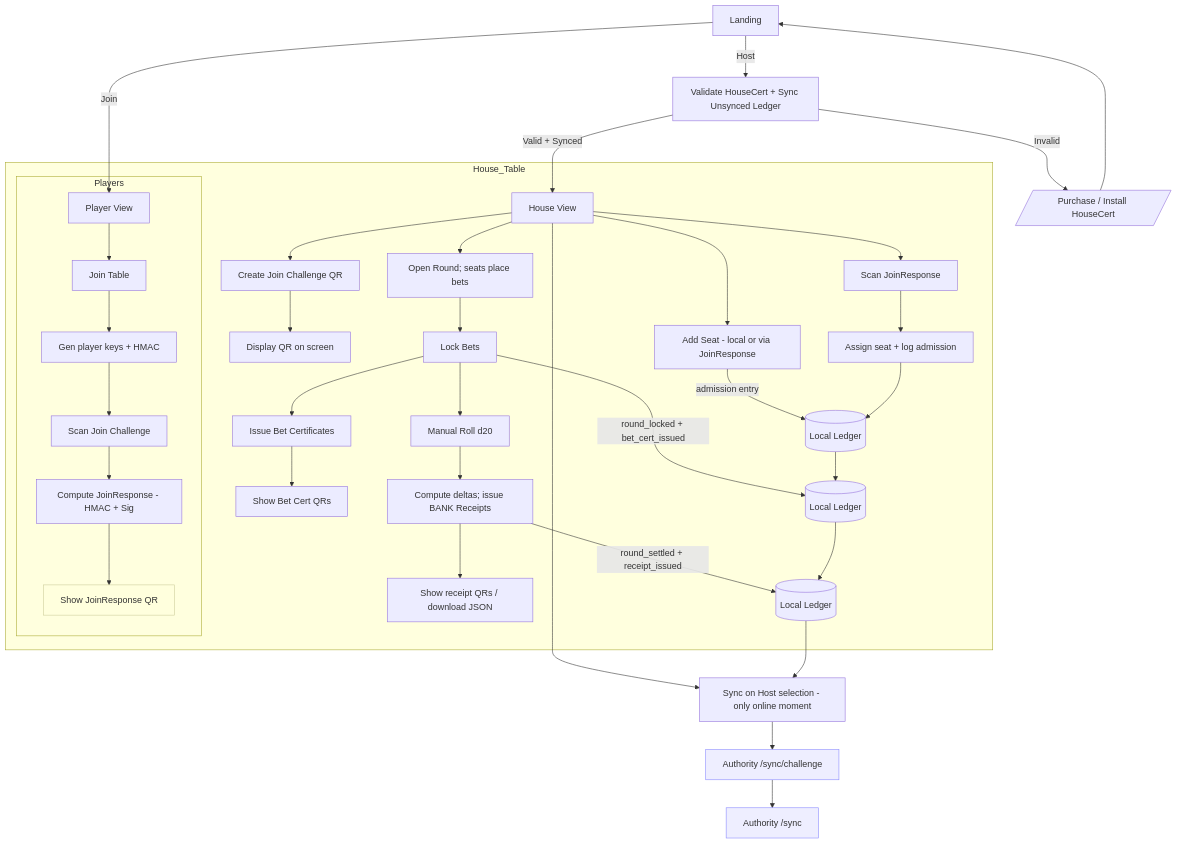
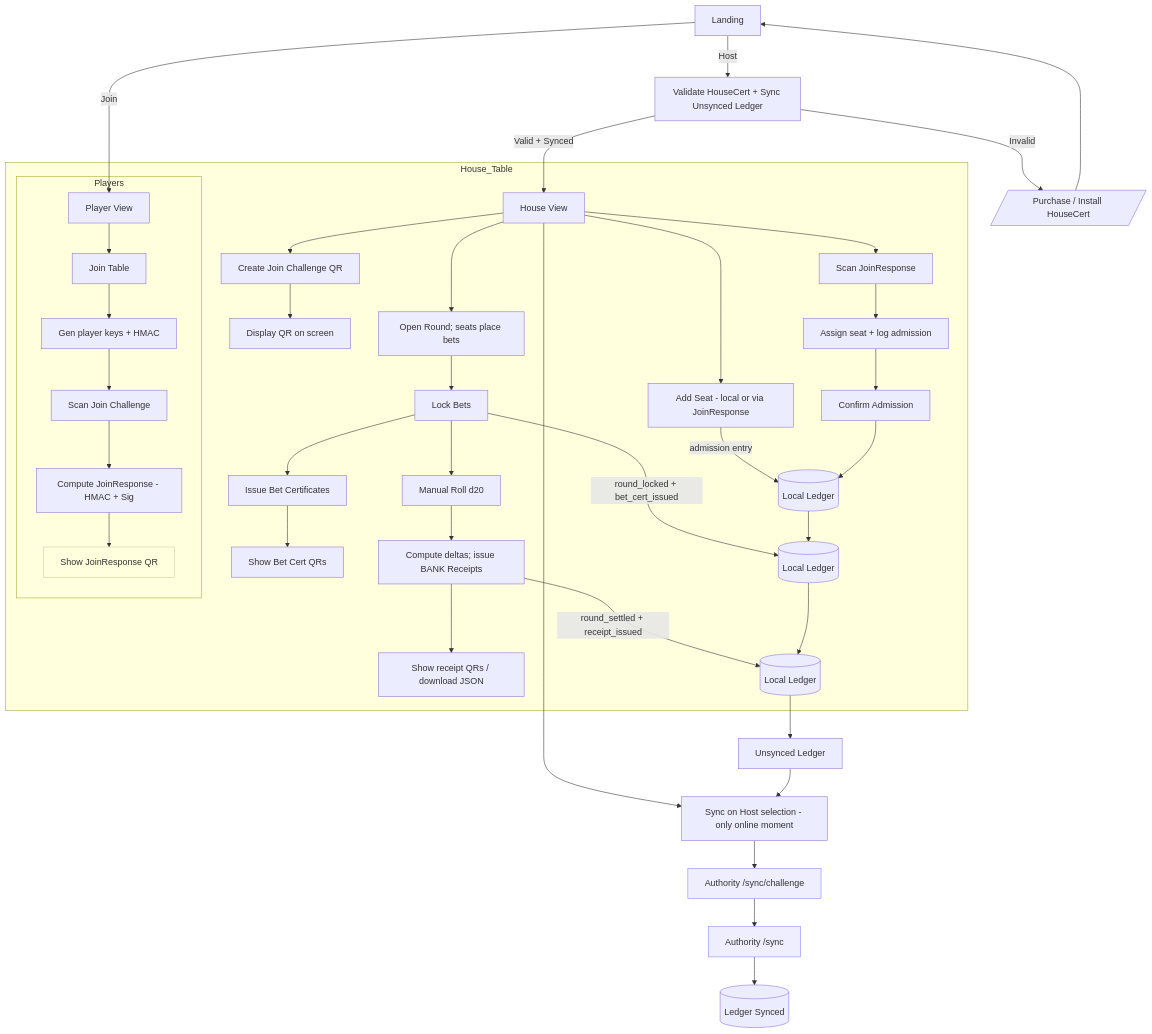
The diagram in docs/flowchart.mmd (dbailey1564/roll-et), drawn with Mermaid before and after one commit. The commit also changed 1 other file, not shown here.

Commit message:
docs: update flowchart

```diff
--- a/docs/flowchart.mmd
+++ b/docs/flowchart.mmd
@@ -1,47 +1,50 @@
 flowchart TD
   A[Landing] -->|Join| PJ[Player View]
   A -->|Host| HCheck[Validate HouseCert + Sync Unsynced Ledger]
 
   HCheck -->|Valid + Synced| H[House View]
   HCheck -->|Invalid| Purchase[/Purchase / Install HouseCert/]
 
   Purchase --> A
 
   subgraph House_Table
     H --> Seats[Add Seat - local or via JoinResponse]
     Seats -->|admission entry| L1[(Local Ledger)]
 
     H --> JQR[Create Join Challenge QR]
     JQR --> Disp[Display QR on screen]
 
     subgraph Players
       PJ --> JoinClick[Join Table]
       JoinClick --> GenKeys[Gen player keys + HMAC]
       GenKeys --> ScanJ[Scan Join Challenge]
       ScanJ --> PJResp[Compute JoinResponse - HMAC + Sig]
       PJResp --> PJShow[Show JoinResponse QR]:::optional
     end
 
     H --> RespScan[Scan JoinResponse]
     RespScan --> SeatAssign[Assign seat + log admission]
-    SeatAssign --> L1
+    SeatAssign --> AdmitConf[Confirm Admission]
+    AdmitConf --> L1
 
     H --> Bets[Open Round; seats place bets]
     Bets --> Lock[Lock Bets]
     Lock --> Certs[Issue Bet Certificates]
     Certs --> ShowBC[Show Bet Cert QRs]
     Lock -->|round_locked + bet_cert_issued| L2[(Local Ledger)]
 
     Lock --> Roll[Manual Roll d20]
     Roll --> Settle[Compute deltas; issue BANK Receipts]
     Settle --> ShowBR[Show receipt QRs / download JSON]
     Settle -->|round_settled + receipt_issued| L3[(Local Ledger)]
   end
 
   H --> SyncHost[Sync on Host selection - only online moment]
-  L1 --> L2 --> L3 --> SyncHost
+  L1 --> L2 --> L3 --> SyncPending[Unsynced Ledger]
+  SyncPending --> SyncHost
   SyncHost --> Challenge[Authority /sync/challenge]:::cloud
   Challenge --> Commit[Authority /sync]:::cloud
+  Commit --> LedgerSynced[(Ledger Synced)]
 
   classDef cloud fill:#eef,stroke:#88f
   classDef optional fill:#ffd,stroke:#cc9
```
